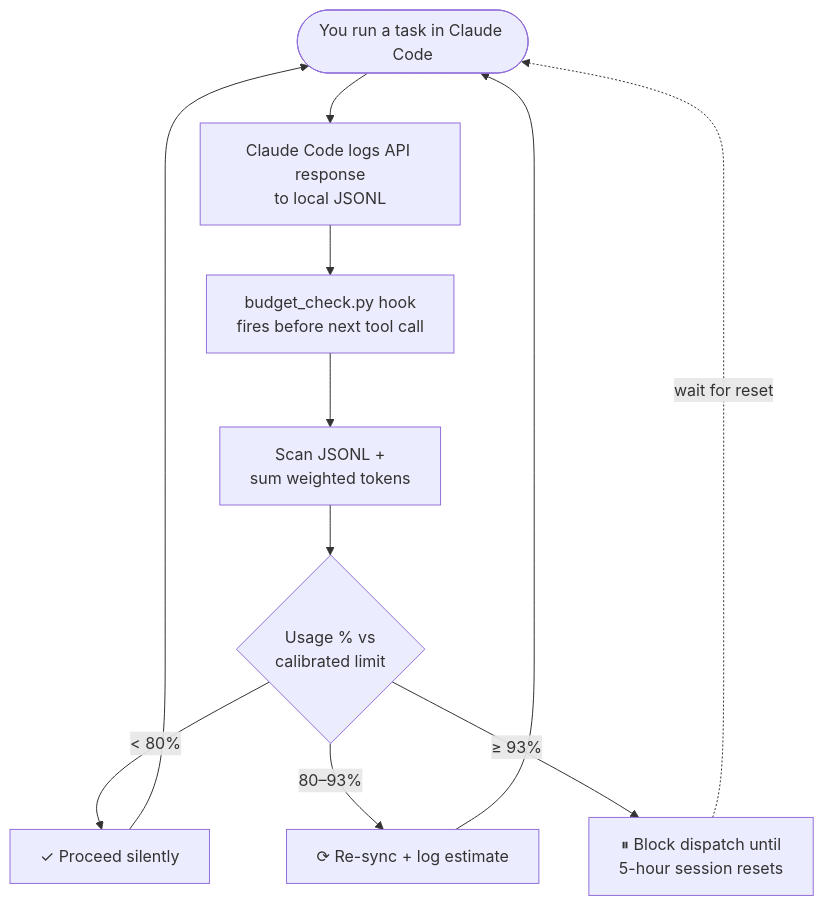
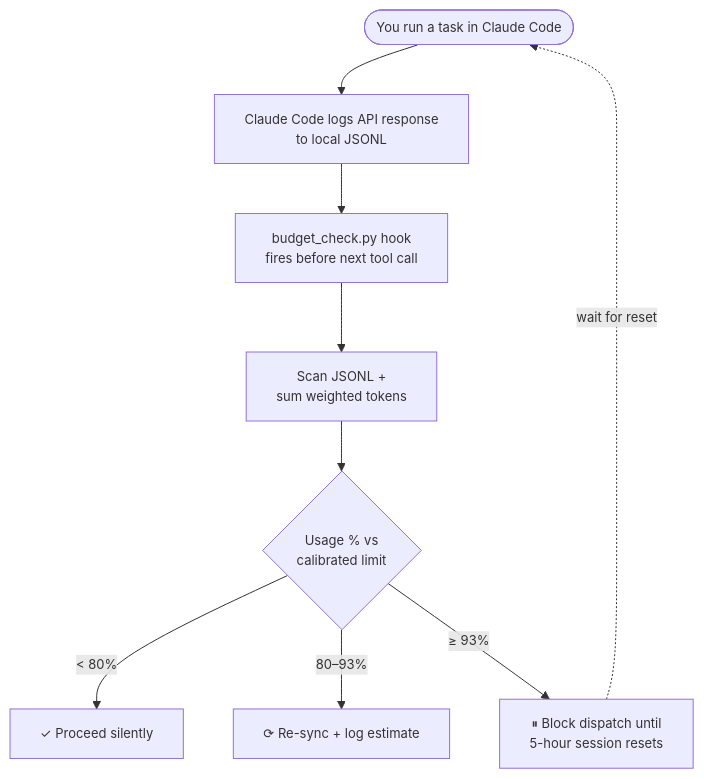
The diagram in README.md (Star001-KR/claude-session-budget), drawn with Mermaid before and after one commit.

Commit message:
README.md: tidy diagram — drop loop arrows, scale font to 13px

````diff
--- a/README.md
+++ b/README.md
@@ -14,13 +14,12 @@
 ```mermaid
+%%{init: {'themeVariables': {'fontSize': '13px'}}}%%
 flowchart TD
     A([You run a task in Claude Code]) --> B[Claude Code logs API response<br/>to local JSONL]
     B --> C[budget_check.py hook<br/>fires before next tool call]
     C --> D[Scan JSONL +<br/>sum weighted tokens]
     D --> E{Usage % vs<br/>calibrated limit}
     E -->|&lt; 80%| F[✓ Proceed silently]
     E -->|80–93%| G[⟳ Re-sync + log estimate]
     E -->|≥ 93%| H[⏸ Block dispatch until<br/>5-hour session resets]
-    F --> A
-    G --> A
     H -.->|wait for reset| A
 ```
````
